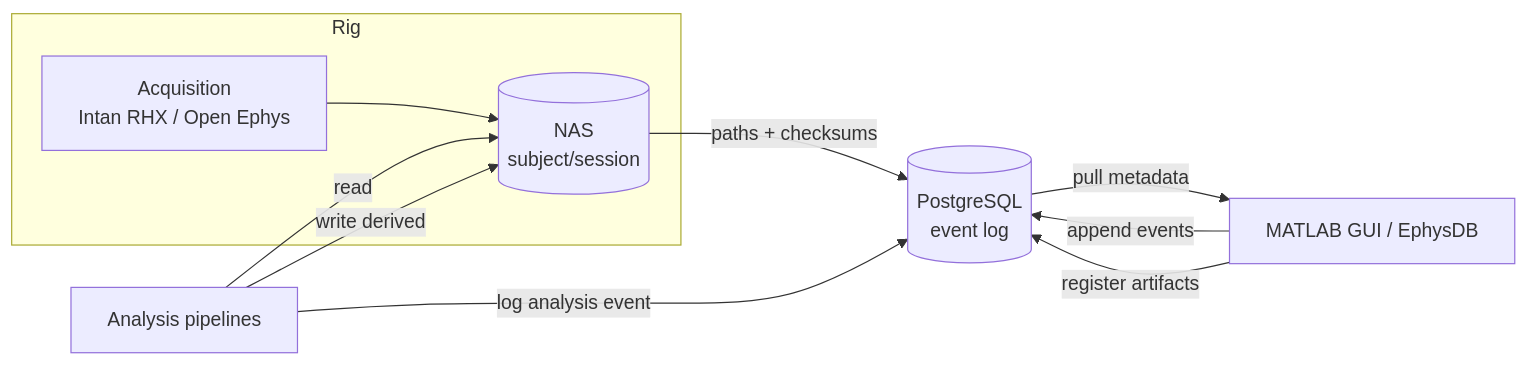
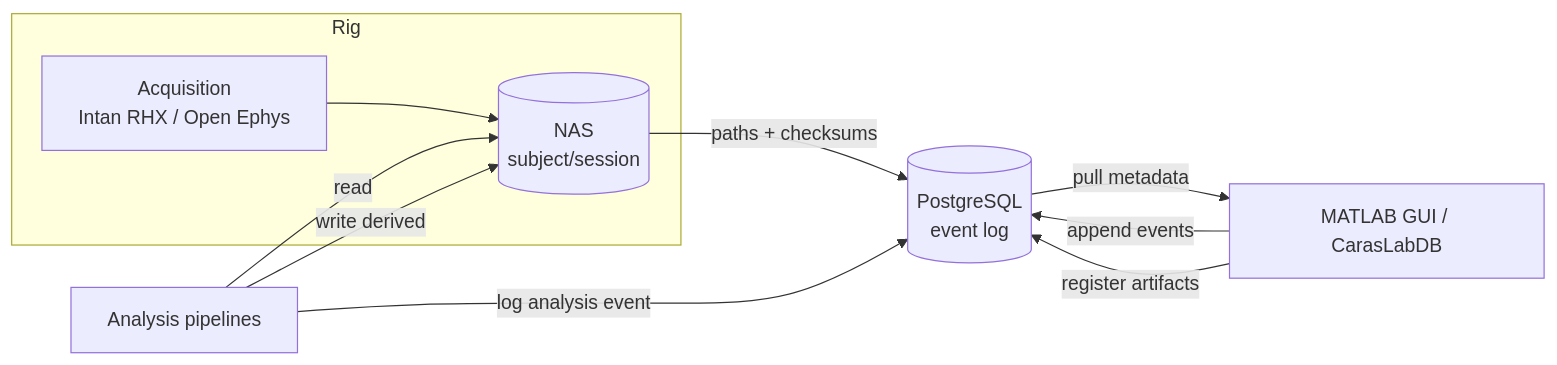
The diagram in design_docs/overview.md (dstolz/CarasLabDB), drawn with Mermaid before and after one commit. The commit also changed other lines of this file and 27 other files, not shown here.

````diff
--- a/design_docs/overview.md
+++ b/design_docs/overview.md
@@ -52,13 +52,13 @@
 ```mermaid
 flowchart LR
     subgraph Rig
       A[Acquisition<br/>Intan RHX / Open Ephys] --> R[(NAS<br/>subject/session)]
     end
-    U[MATLAB GUI / EphysDB] -- append events --> DB[(PostgreSQL<br/>event log)]
+    U[MATLAB GUI / CarasLabDB] -- append events --> DB[(PostgreSQL<br/>event log)]
     U -- register artifacts --> DB
     DB -- pull metadata --> U
     R -- paths + checksums --> DB
     P[Analysis pipelines] -- read --> R
     P -- write derived --> R
     P -- log analysis event --> DB
 ```
````
